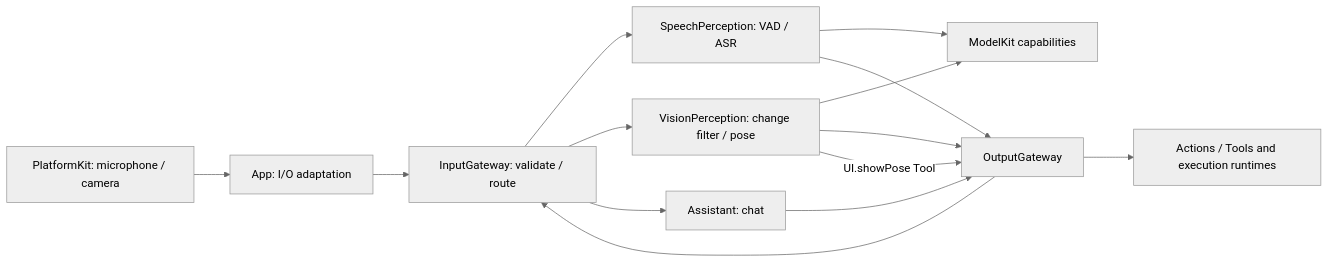
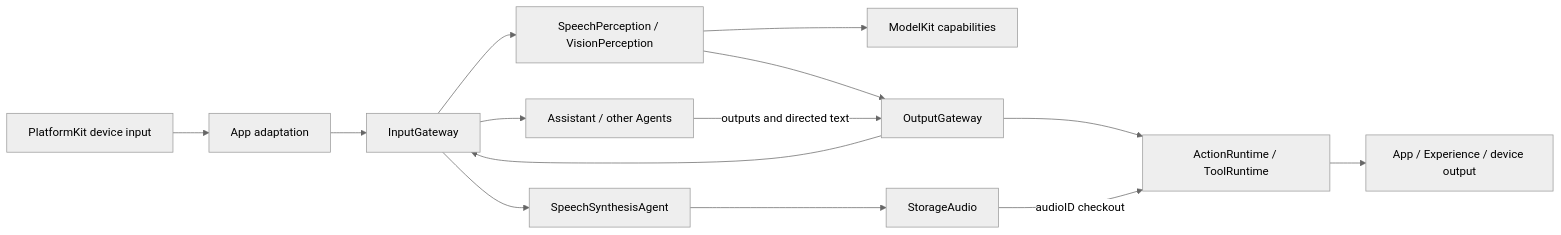
The diagram in docs/Architecture.md (devilyouwei/MobileHarness), drawn with Mermaid (neutral theme) before and after one commit. The commit also changed other lines of this file and 124 other files, not shown here.

Commit message:
feat: integrate speech storage and model settings

````diff
--- a/docs/Architecture.md
+++ b/docs/Architecture.md
@@ -25,16 +25,16 @@
 ```mermaid
 flowchart LR
-    Hardware[PlatformKit: microphone / camera] --> App[App: I/O adaptation]
-    App --> Input[InputGateway: validate / route]
-    Input --> Speech[SpeechPerception: VAD / ASR]
-    Input --> Vision[VisionPerception: change filter / pose]
-    Speech --> Models[ModelKit capabilities]
-    Vision --> Models
-    Speech --> Output[OutputGateway]
-    Vision --> Output
-    Output --> Input
-    Input --> Assistant[Assistant: chat]
-    Assistant --> Output
-    Vision -->|UI.showPose Tool| Output
-    Output --> Actions[Actions / Tools and execution runtimes]
+    Device[PlatformKit device input] --> App[App adaptation]
+    App --> IG[InputGateway]
+    IG --> Perception[SpeechPerception / VisionPerception]
+    IG --> Synthesis[SpeechSynthesisAgent]
+    Perception --> Models[ModelKit capabilities]
+    Perception --> OG[OutputGateway]
+    OG --> IG
+    IG --> Business[Assistant / other Agents]
+    Business -->|outputs and directed text| OG
+    OG --> Runtimes[ActionRuntime / ToolRuntime]
+    Runtimes --> UI[App / Experience / device output]
+    Synthesis --> StorageAudio[StorageAudio]
+    StorageAudio -->|audioID checkout| Runtimes
 ```
````
